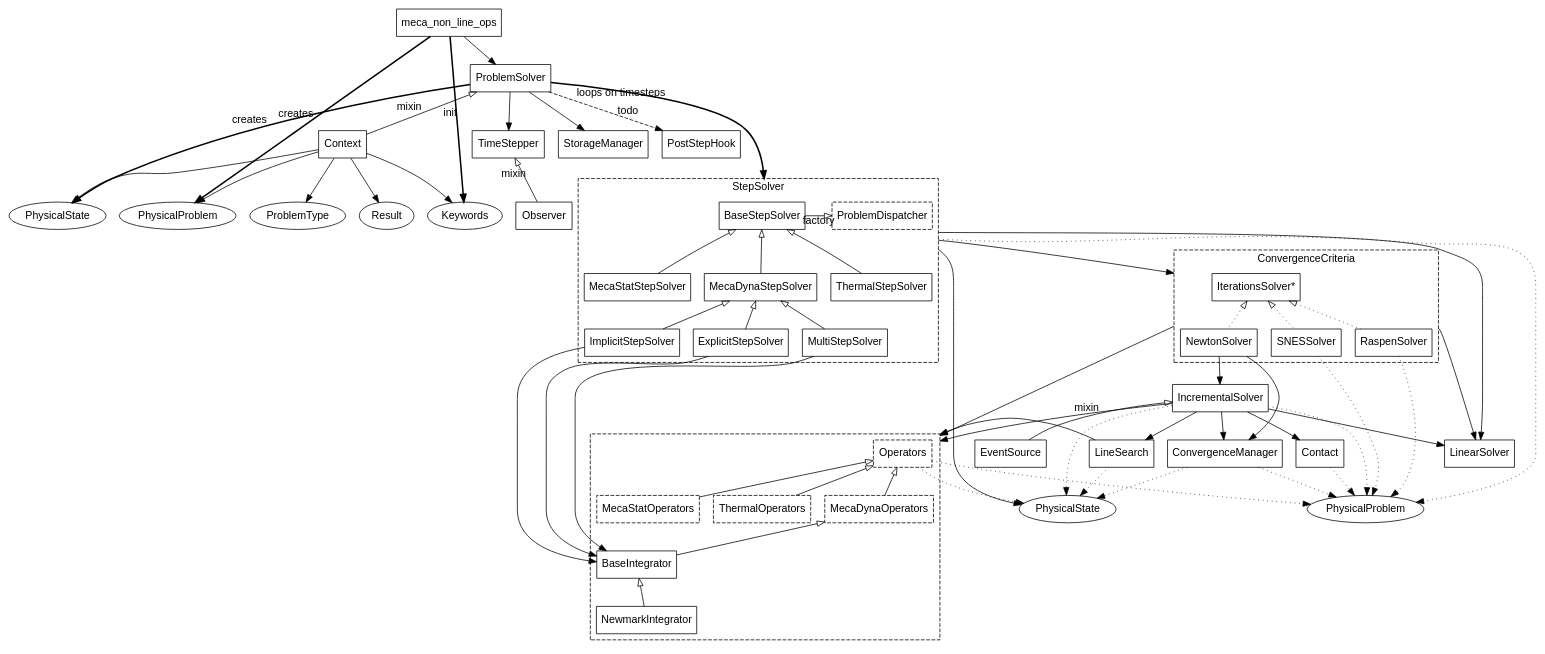
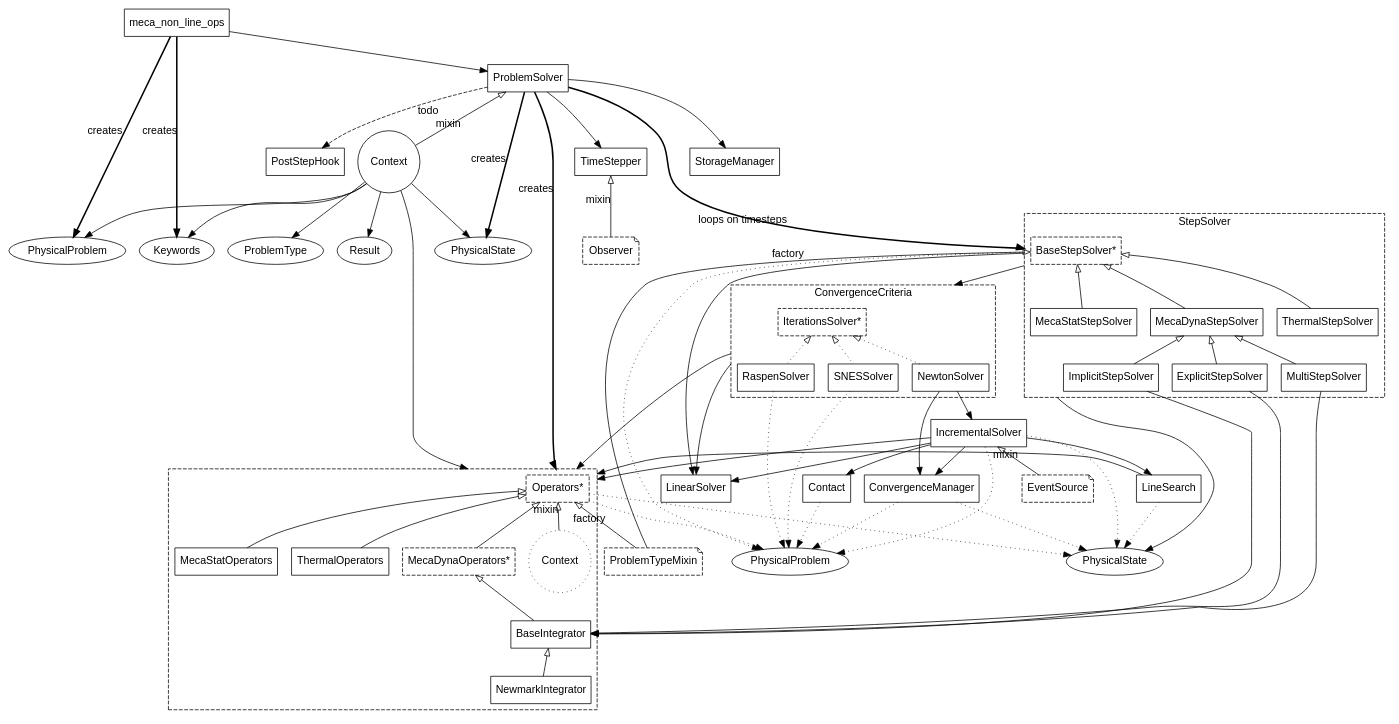
One commit to Krande/code-aster-copy changed the diagram in doc/img/mnl.dot. Above: the diagram before and after it, drawn with Graphviz. The commit also changed 14 other files, not shown here.

Commit message:
[#34400] use operators factory from ProblemSolver

```diff
--- a/doc/img/mnl.dot
+++ b/doc/img/mnl.dot
@@ -1,160 +1,164 @@
 digraph MNL {
     compound = "true";
-    // rankdir = LR;
+    // global: circle, dotted
+    // mixin: note, dashed
+    // abstract: '*', dashed
     labelloc = "t";
     fontname = "Helvetica,Arial,sans-serif";
     node [fontname = "Helvetica,Arial,sans-serif"; shape = "box";];
     edge [fontname = "Helvetica,Arial,sans-serif";];
     
     subgraph bases {
         keywords [label = "Keywords";shape = "ellipse";];
         problem [label = "PhysicalProblem";shape = "ellipse";];
         type [label = "ProblemType";shape = "ellipse";];
         state [label = "PhysicalState";shape = "ellipse";];
         result [label = "Result";shape = "ellipse";];
-        context [label = "Context";];
+        context [label = "Context";shape = "circle";];
         
         context -> problem;
         context -> type;
         context -> keywords;
         context -> state;
         context -> result;
+        context -> operators [lhead = cluster_operators;];
     }
     
     problem_old [label = "PhysicalProblem";shape = "ellipse";];
     state_old [label = "PhysicalState";shape = "ellipse";];
     
     mnl [label = "meca_non_line_ops";];
     pbsolv [label = "ProblemSolver";];
     timestepper [label = "TimeStepper";];
     storage [label = "StorageManager";];
     linsolv [label = "LinearSolver";];
     linesearch [label = "LineSearch";];
     conv_manager [label = "ConvergenceManager";];
     contact [label = "Contact";];
     hook [label = "PostStepHook";];
     incr_solv [label = "IncrementalSolver";];
     
-    observ [label = "Observer";];
-    event [label = "EventSource";];
+    observ [label = "Observer";style = "dashed";shape = "note";];
+    event [label = "EventSource";style = "dashed";shape = "note";];
+    dispatch [label = "ProblemTypeMixin";style = "dashed";shape = "note";];
     
     subgraph cluster_operators {
-        opers [label = "Operators";style = "dashed";];
+        operators [label = "Operators*";style = "dashed";];
         style = "dashed";
         subgraph {
             rank = "same";
-            statopers [label = "MecaStatOperators";style = "dashed";];
-            theropers [label = "ThermalOperators";style = "dashed";];
-            dynopers [label = "MecaDynaOperators";style = "dashed";];
+            statopers [label = "MecaStatOperators";];
+            theropers [label = "ThermalOperators";];
+            dynopers [label = "MecaDynaOperators*";style = "dashed";];
         }
         integr [label = BaseIntegrator;];
         newmark [label = NewmarkIntegrator;];
+        context_op [label = "Context";style = "dotted";shape = "circle";];
         
+        operators -> context_op [xlabel = "mixin"; dir = "back"; arrowtail = "empty";];
         // subclasses
-        opers -> statopers [dir = "back"; arrowtail = "empty";];
-        opers -> dynopers [dir = "back"; arrowtail = "empty";];
-        opers -> theropers [dir = "back"; arrowtail = "empty";];
+        operators -> statopers [dir = "back"; arrowtail = "empty";];
+        operators -> dynopers [dir = "back"; arrowtail = "empty";];
+        operators -> theropers [dir = "back"; arrowtail = "empty";];
         
         dynopers -> integr [dir = "back"; arrowtail = "empty";];
         integr -> newmark [dir = "back"; arrowtail = "empty";];
     }
     
     subgraph cluster_stepsolv {
         label = "StepSolver";
         style = "dashed";
         subgraph {
             rank = "same";
-            stepsolv [label = "BaseStepSolver";];
-            dispatch [label = "ProblemDispatcher";style = "dashed";];
-            stepsolv -> dispatch [xlabel = "factory"; arrowhead = "empty";];
-        }
-        subgraph {
-            rank = "same";
             mecastat [label = "MecaStatStepSolver";];
             mecadyn [label = "MecaDynaStepSolver";];
             ther [label = "ThermalStepSolver";];
         }
+        stepsolv [label = "BaseStepSolver*";style = "dashed";];
         // subclasses
         stepsolv -> mecastat [dir = "back"; arrowtail = "empty";];
         stepsolv -> mecadyn [dir = "back"; arrowtail = "empty";];
         stepsolv -> ther [dir = "back"; arrowtail = "empty";];
         
         implicit [label = "ImplicitStepSolver";];
         explicit [label = "ExplicitStepSolver";];
         multi [label = "MultiStepSolver";];
         
         // subclasses
         mecadyn -> implicit [dir = "back"; arrowtail = "empty";];
         mecadyn -> explicit [dir = "back"; arrowtail = "empty";];
         mecadyn -> multi [dir = "back"; arrowtail = "empty";];
         
         implicit -> integr;
         explicit -> integr;
         multi -> integr;
     }
     
     subgraph cluster_iter_solv {
         label = ConvergenceCriteria;
         style = "dashed";
         
-        conv_criteria [label = "IterationsSolver*";];
+        conv_criteria [label = "IterationsSolver*";style = "dashed";];
         // [style = invis]
         newton [label = "NewtonSolver";];
         snes [label = "SNESSolver";];
         raspen [label = "RaspenSolver";];
         
         conv_criteria -> newton [dir = "back"; arrowtail = "empty"; style = "dotted";];
         conv_criteria -> snes [dir = "back"; arrowtail = "empty"; style = "dotted";];
         conv_criteria -> raspen [dir = "back"; arrowtail = "empty"; style = "dotted";];
     }
     
     mnl -> pbsolv;
-    mnl -> keywords [xlabel = "init"; style = "bold";];
+    mnl -> keywords [xlabel = "creates"; style = "bold";];
     mnl -> problem [xlabel = "creates"; style = "bold";];
     
     pbsolv -> context [xlabel = "mixin"; dir = "back"; arrowtail = "empty";];
     pbsolv -> state [xlabel = "creates"; style = "bold";];
+    pbsolv -> operators [xlabel = "creates"; style = "bold"; lhead = cluster_operators;];
     pbsolv -> timestepper;
     pbsolv -> storage;
     pbsolv -> stepsolv [xlabel = "loops on timesteps"; lhead = cluster_stepsolv; style = "bold";];
     pbsolv -> hook [label = "todo"; style = "dashed";];
     
     stepsolv -> problem_old [style = "dotted"; ltail = cluster_stepsolv;];
+    stepsolv -> dispatch [xlabel = "factory"; dir = "back"; arrowtail = "empty";];
     
     stepsolv -> state_old [ltail = cluster_stepsolv;];
     stepsolv -> linsolv [ltail = cluster_stepsolv;];
     stepsolv -> conv_criteria [ltail = cluster_stepsolv; lhead = cluster_iter_solv;];
     
     conv_criteria -> linsolv [ltail = cluster_iter_solv;];
-    conv_criteria -> opers [ltail = cluster_iter_solv; lhead = cluster_operators;];
+    conv_criteria -> operators [ltail = cluster_iter_solv; lhead = cluster_operators;];
     snes -> incr_solv [style = "invis";];
     
     newton -> incr_solv;
     newton -> conv_manager;
     incr_solv -> linesearch;
     incr_solv -> contact;
-    incr_solv -> opers [lhead = cluster_operators;];
+    incr_solv -> operators [lhead = cluster_operators;];
     incr_solv -> linsolv;
     incr_solv -> conv_manager;
     incr_solv -> event [xlabel = "mixin"; dir = "back"; arrowtail = "empty";];
     incr_solv -> problem_old [style = "dotted";];
     incr_solv -> state_old [style = "dotted";];
     // integr -> state_old[style="dotted"];
     linesearch -> state_old [style = "dotted";];
-    linesearch -> opers [lhead = cluster_operators;];
+    linesearch -> operators [lhead = cluster_operators;];
     
-    // opers -> contact (to be passed by incr_solv)
-    opers -> problem_old [style = "dotted";];
-    opers -> state_old [style = "dotted";];
+    // operators -> contact (to be passed by incr_solv)
+    operators -> dispatch [xlabel = "factory"; dir = "back"; arrowtail = "empty";];
+    operators -> problem_old [style = "dotted";];
+    operators -> state_old [style = "dotted";];
     
     contact -> problem_old [style = "dotted";];
     conv_manager -> problem_old [style = "dotted";];
     conv_manager -> state_old [style = "dotted";];
     snes -> problem_old [style = "dotted";];
     raspen -> problem_old [style = "dotted";];
     
     timestepper -> observ [xlabel = "mixin"; dir = "back"; arrowtail = "empty";];
     
     // placement
     timestepper -> stepsolv [style = "invis";];
 }
```
